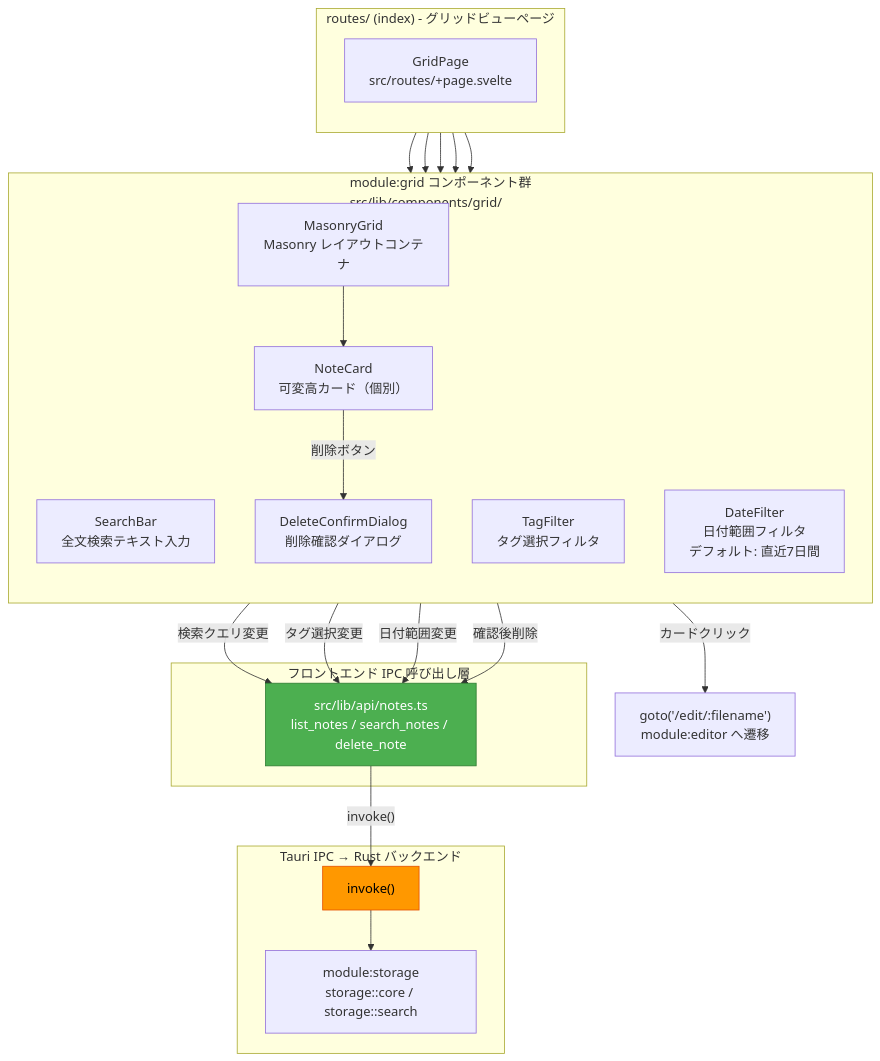
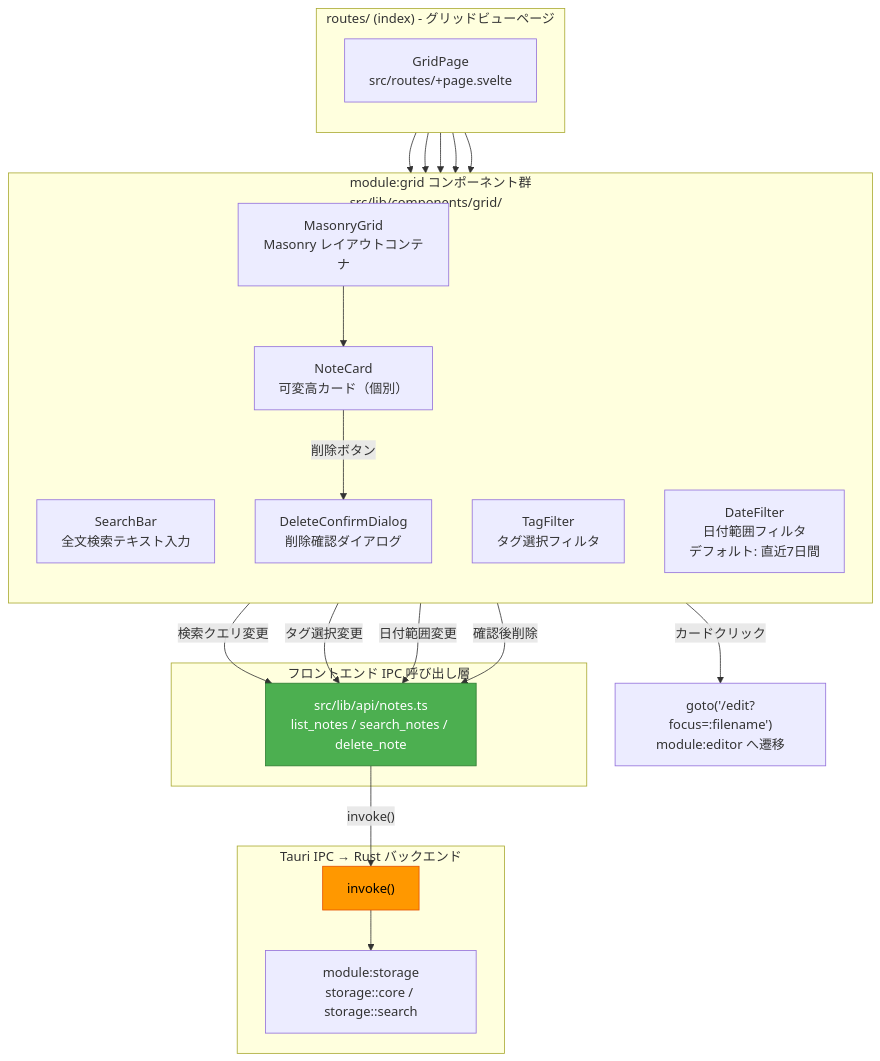
One commit to dev-komenzar/prompt-notes changed the first of 4 diagrams in docs/detailed_design/grid_search_design.md. Above: the diagram before and after it, drawn with Mermaid. The commit also changed other lines of this file and 6 other files, not shown here.

````diff
--- a/docs/detailed_design/grid_search_design.md
+++ b/docs/detailed_design/grid_search_design.md
@@ -63,47 +63,47 @@
 ```mermaid
 graph TB
     subgraph "routes/ (index) - グリッドビューページ"
         direction TB
         GridPage["GridPage<br/>src/routes/+page.svelte"]
     end
 
     subgraph "module:grid コンポーネント群<br/>src/lib/components/grid/"
         direction TB
         SearchBar["SearchBar<br/>全文検索テキスト入力"]
         TagFilter["TagFilter<br/>タグ選択フィルタ"]
         DateFilter["DateFilter<br/>日付範囲フィルタ<br/>デフォルト: 直近7日間"]
         MasonryGrid["MasonryGrid<br/>Masonry レイアウトコンテナ"]
         NoteCard["NoteCard<br/>可変高カード（個別）"]
         DeleteConfirm["DeleteConfirmDialog<br/>削除確認ダイアログ"]
     end
 
     subgraph "フロントエンド IPC 呼び出し層"
         NotesAPI["src/lib/api/notes.ts<br/>list_notes / search_notes / delete_note"]
     end
 
     subgraph "Tauri IPC → Rust バックエンド"
         Invoke["invoke()"]
         Storage["module:storage<br/>storage::core / storage::search"]
     end
 
     GridPage --> SearchBar
     GridPage --> TagFilter
     GridPage --> DateFilter
     GridPage --> MasonryGrid
     GridPage --> DeleteConfirm
     MasonryGrid --> NoteCard
 
     SearchBar -->|"検索クエリ変更"| NotesAPI
     TagFilter -->|"タグ選択変更"| NotesAPI
     DateFilter -->|"日付範囲変更"| NotesAPI
     NoteCard -->|"削除ボタン"| DeleteConfirm
     DeleteConfirm -->|"確認後削除"| NotesAPI
 
     NotesAPI -->|"invoke()"| Invoke
     Invoke --> Storage
 
-    NoteCard -->|"カードクリック"| RouterNav["goto('/edit/:filename')<br/>module:editor へ遷移"]
+    NoteCard -->|"カードクリック"| RouterNav["goto('/edit?focus=:filename')<br/>module:editor へ遷移"]
 
     style NotesAPI fill:#4caf50,stroke:#2e7d32,color:#fff
     style Invoke fill:#ff9800,stroke:#e65100,color:#000
 ```
````
